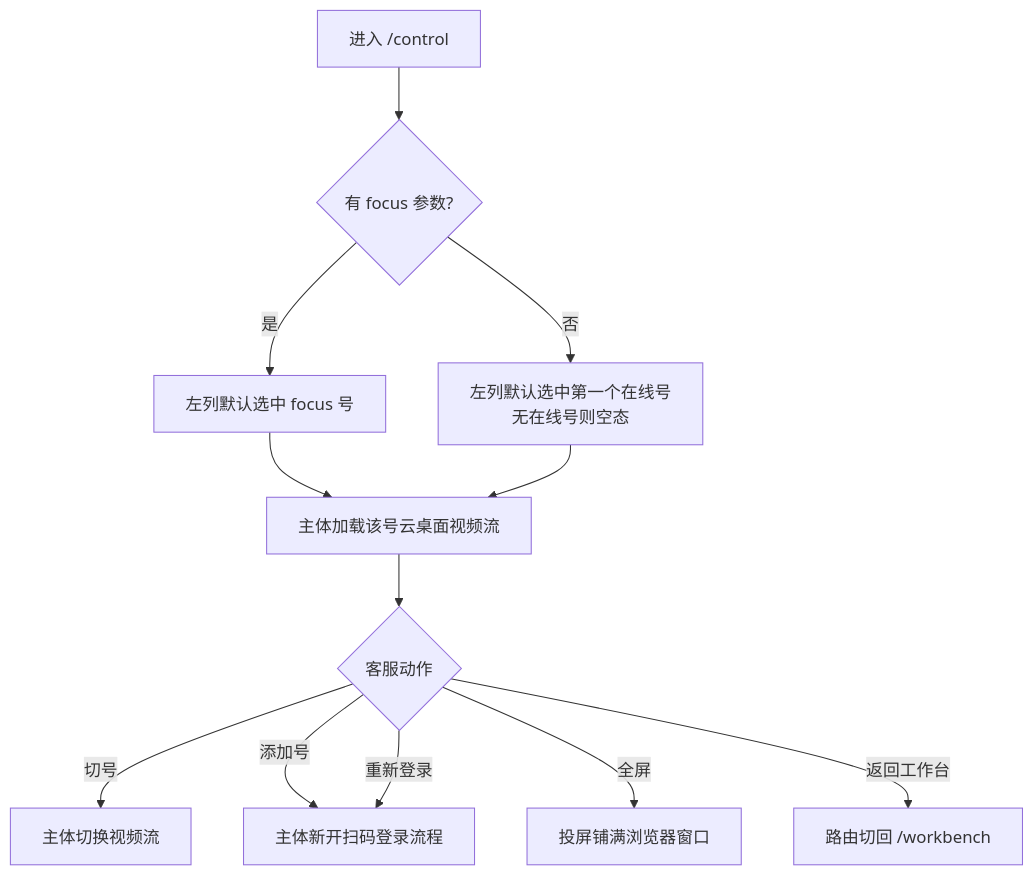
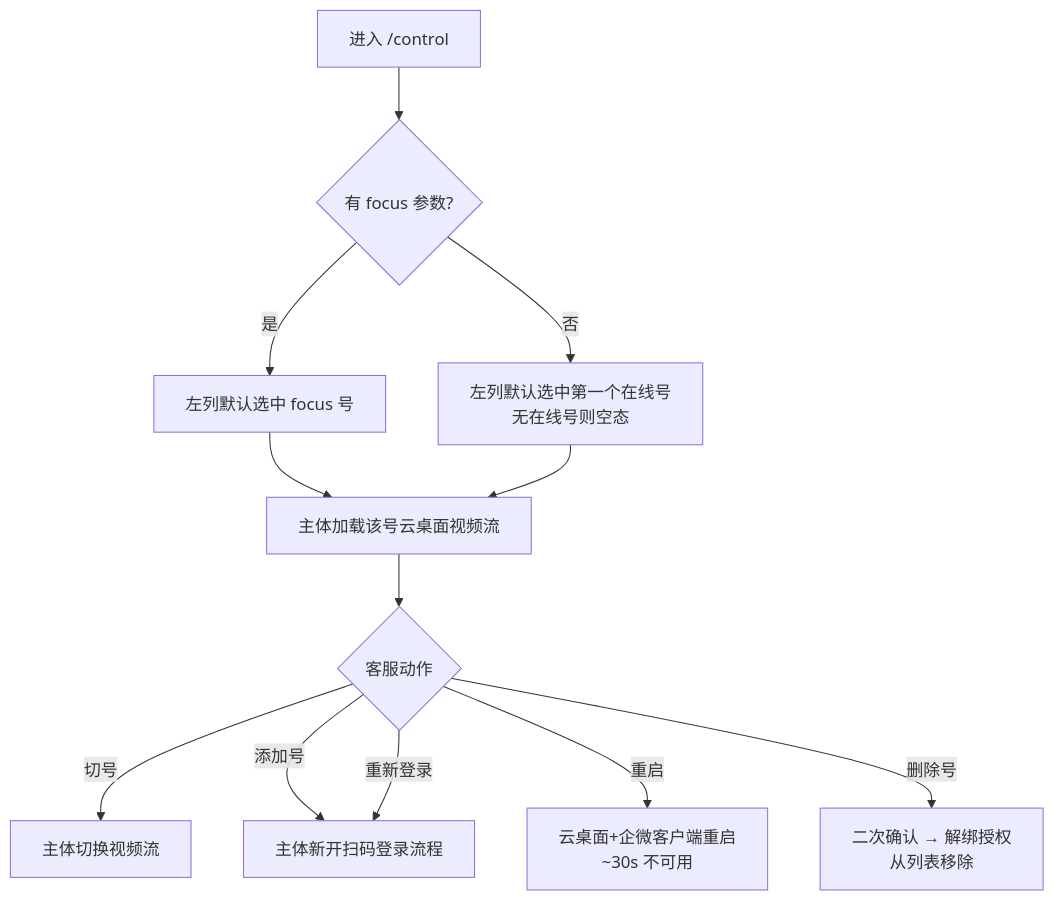
One commit to yan-pang/VIP changed the fifth of 8 diagrams in project/domains/chat-workbench/design.md. Above: the diagram before and after it, drawn with Mermaid. The commit also changed other lines of this file and 9 other files, not shown here.

````diff
--- a/project/domains/chat-workbench/design.md
+++ b/project/domains/chat-workbench/design.md
@@ -648,14 +685,14 @@
 ```mermaid
 graph TD
     A[进入 /control] --> B{有 focus 参数?}
     B -- 是 --> C[左列默认选中 focus 号]
     B -- 否 --> D[左列默认选中第一个在线号<br/>无在线号则空态]
     C --> E[主体加载该号云桌面视频流]
     D --> E
     E --> F{客服动作}
     F -- 切号 --> G[主体切换视频流]
     F -- 添加号 --> H[主体新开扫码登录流程]
     F -- 重新登录 --> H
-    F -- 全屏 --> I[投屏铺满浏览器窗口]
-    F -- 返回工作台 --> J[路由切回 /workbench]
+    F -- 重启 --> I[云桌面+企微客户端重启<br/>~30s 不可用]
+    F -- 删除号 --> J[二次确认 → 解绑授权<br/>从列表移除]
 ```
````
